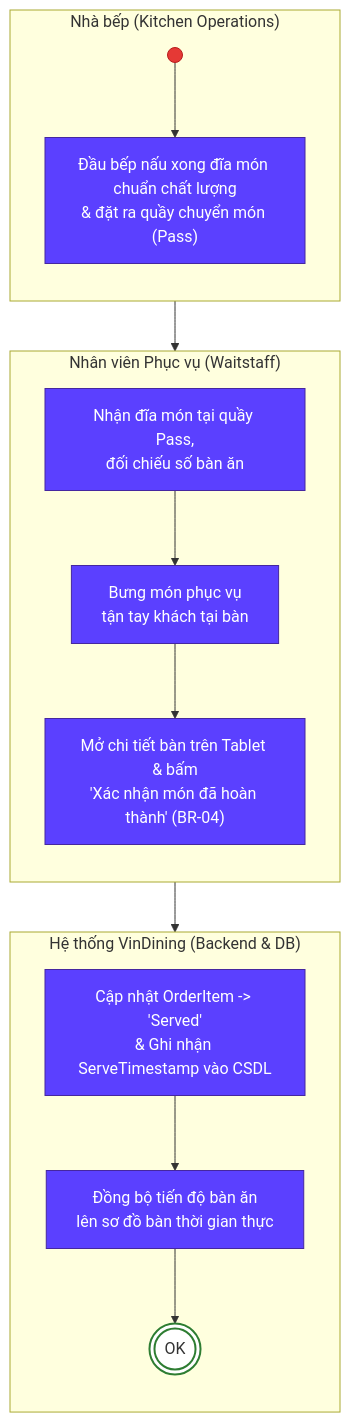
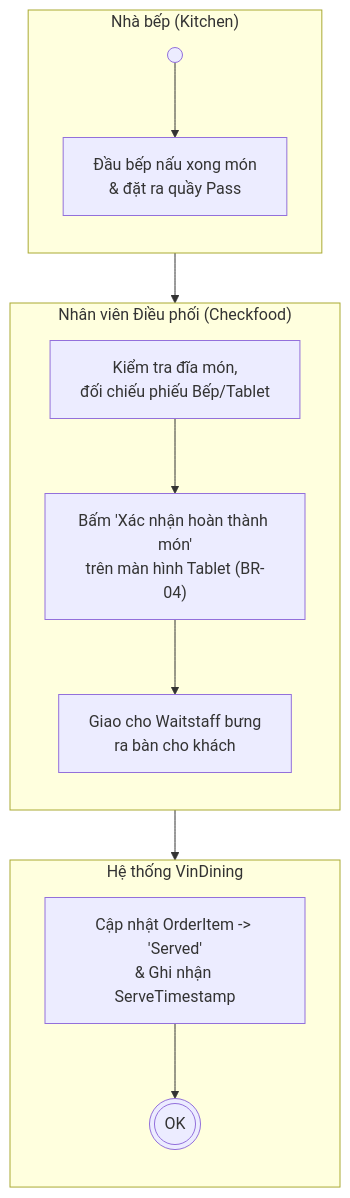
The fifth of 10 diagrams in docs/phase1/03_BAO_CAO_PHAN_TICH.md (AndrewQng/VinDining), drawn with Mermaid before and after one commit. The commit also changed other lines of this file and 3 other files, not shown here.

````diff
--- a/docs/phase1/03_BAO_CAO_PHAN_TICH.md
+++ b/docs/phase1/03_BAO_CAO_PHAN_TICH.md
@@ -464,39 +597,28 @@
 ```mermaid
 flowchart TD
-    subgraph Kitchen ["Nhà bếp (Kitchen Operations)"]
+    subgraph Kitchen ["Nhà bếp (Kitchen)"]
         direction TB
         K_Start(( ))
-        K1["Đầu bếp nấu xong đĩa món chuẩn chất lượng<br/>& đặt ra quầy chuyển món (Pass)"]
+        K1["Đầu bếp nấu xong món<br/>& đặt ra quầy Pass"]
     end
 
-    subgraph Waitstaff ["Nhân viên Phục vụ (Waitstaff)"]
+    subgraph Expediter ["Nhân viên Điều phối (Checkfood)"]
         direction TB
-        W1["Nhận đĩa món tại quầy Pass,<br/>đối chiếu số bàn ăn"]
-        W2["Bưng món phục vụ<br/>tận tay khách tại bàn"]
-        W3["Mở chi tiết bàn trên Tablet & bấm<br/>'Xác nhận món đã hoàn thành' (BR-04)"]
+        E1["Kiểm tra đĩa món,<br/>đối chiếu phiếu Bếp/Tablet"]
+        E2["Bấm 'Xác nhận hoàn thành món'<br/>trên màn hình Tablet (BR-04)"]
+        E3["Giao cho Waitstaff bưng<br/>ra bàn cho khách"]
     end
 
-    subgraph System ["Hệ thống VinDining (Backend & DB)"]
+    subgraph System ["Hệ thống VinDining"]
         direction TB
-        S1["Cập nhật OrderItem -> 'Served'<br/>& Ghi nhận ServeTimestamp vào CSDL"]
-        S2["Đồng bộ tiến độ bàn ăn<br/>lên sơ đồ bàn thời gian thực"]
+        S1["Cập nhật OrderItem -> 'Served'<br/>& Ghi nhận ServeTimestamp"]
         S_End(((OK)))
     end
 
     K_Start --> K1
-    K1 --> W1
-    W1 --> W2
-    W2 --> W3
-    W3 --> S1
-    S1 --> S2
-    S2 --> S_End
-
-    style K_Start fill:#e53935,stroke:#b71c1c
-    style S_End fill:#ffffff,stroke:#2e7d32,stroke-width:2px
-    style K1 fill:#5b40ff,stroke:#4527a0,color:#ffffff
-    style W1 fill:#5b40ff,stroke:#4527a0,color:#ffffff
-    style W2 fill:#5b40ff,stroke:#4527a0,color:#ffffff
-    style W3 fill:#5b40ff,stroke:#4527a0,color:#ffffff
-    style S1 fill:#5b40ff,stroke:#4527a0,color:#ffffff
-    style S2 fill:#5b40ff,stroke:#4527a0,color:#ffffff
+    K1 --> E1
+    E1 --> E2
+    E2 --> S1
+    S1 --> S_End
+    E2 --> E3
 ```
````
